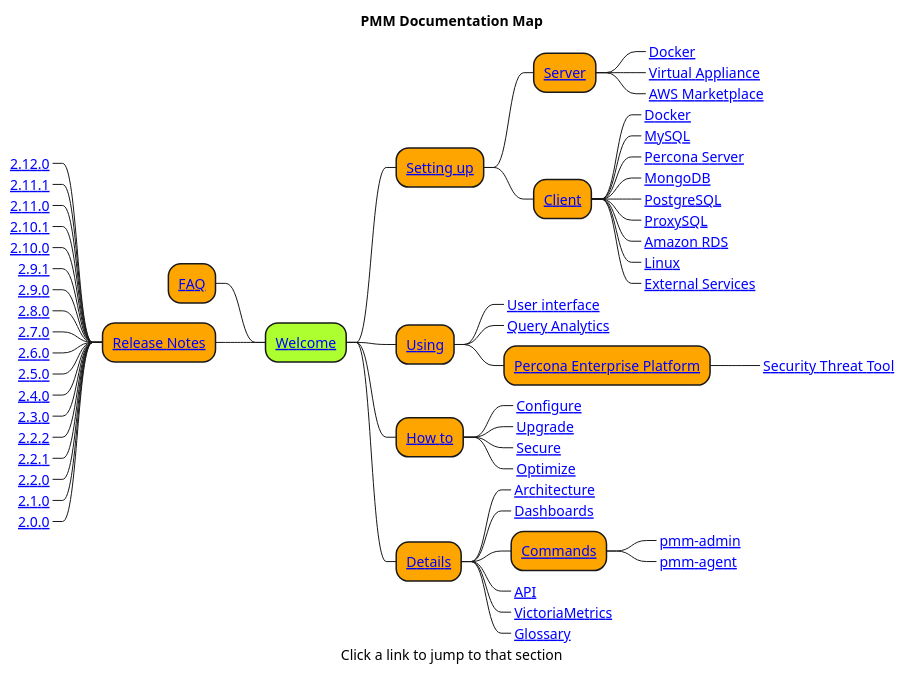
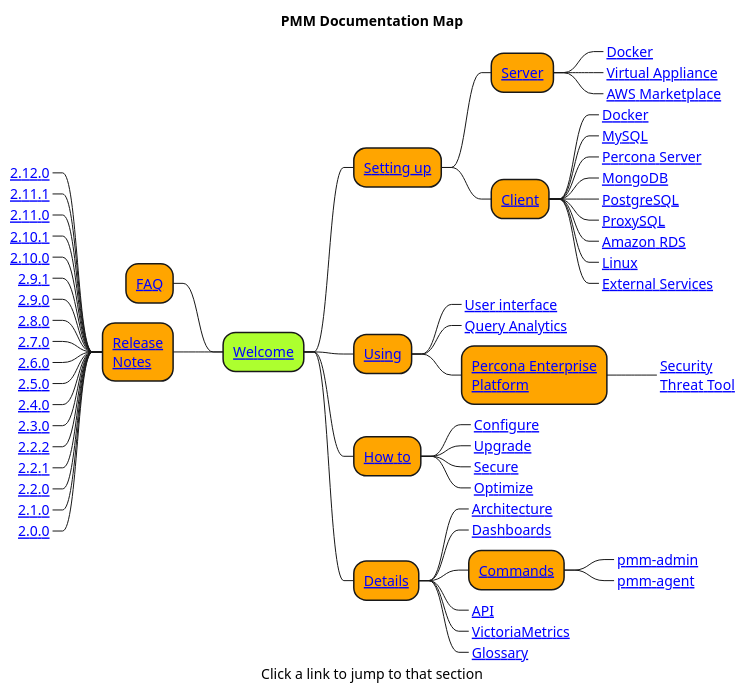
Before and after one commit to percona/pmm-doc: the diagram in resources/Map.puml, drawn with PlantUML. The commit also changed 1 other file, not shown here.

```diff
--- a/resources/Map.puml
+++ b/resources/Map.puml
@@ -1,79 +1,83 @@
 @startmindmap "PMM_Documentation_Map"
 title PMM Documentation Map
 caption Click a link to jump to that section
 
 
 <style>
 mindmapDiagram {
   node {
     BackgroundColor Orange
   }
 }
 </style>
 
 *[#GreenYellow] [[https://www.percona.com/doc/percona-monitoring-and-management/2.x/index.html Welcome]]
 ** [[https://www.percona.com/doc/percona-monitoring-and-management/2.x/setting-up/ Setting up]]
 '*** [[https://www.percona.com/doc/percona-monitoring-and-management/2.x/setting-up/index.html Setting up: Overview]]
 *** [[https://www.percona.com/doc/percona-monitoring-and-management/2.x/setting-up/server/ Server]]
 '****_ [[https://www.percona.com/doc/percona-monitoring-and-management/2.x/setting-up/server/ Setting up PMM Server: Overview]]
 ****_ [[https://www.percona.com/doc/percona-monitoring-and-management/2.x/setting-up/server/docker.html Docker]]
 ****_ [[https://www.percona.com/doc/percona-monitoring-and-management/2.x/setting-up/server/virtual-appliance.html Virtual Appliance]]
 ****_ [[https://www.percona.com/doc/percona-monitoring-and-management/2.x/setting-up/server/aws.html AWS Marketplace]]
 *** [[https://www.percona.com/doc/percona-monitoring-and-management/2.x/setting-up/client/ Client]]
 '****_ [[https://www.percona.com/doc/percona-monitoring-and-management/2.x/setting-up/client/ Setting up PMM Clients]]
 ****_ [[https://www.percona.com/doc/percona-monitoring-and-management/2.x/setting-up/client/docker.html Docker]]
 ****_ [[https://www.percona.com/doc/percona-monitoring-and-management/2.x/setting-up/client/mysql.html MySQL]]
 ****_ [[https://www.percona.com/doc/percona-monitoring-and-management/2.x/setting-up/client/percona-server.html Percona Server]]
 ****_ [[https://www.percona.com/doc/percona-monitoring-and-management/2.x/setting-up/client/mongodb.html MongoDB]]
 ****_ [[https://www.percona.com/doc/percona-monitoring-and-management/2.x/setting-up/client/postgresql.html PostgreSQL]]
 ****_ [[https://www.percona.com/doc/percona-monitoring-and-management/2.x/setting-up/client/proxysql.html ProxySQL]]
 ****_ [[https://www.percona.com/doc/percona-monitoring-and-management/2.x/setting-up/client/aws.html Amazon RDS]]
 ****_ [[https://www.percona.com/doc/percona-monitoring-and-management/2.x/setting-up/client/linux.html Linux]]
 ****_ [[https://www.percona.com/doc/percona-monitoring-and-management/2.x/setting-up/client/external.html External Services]]
+
 ** [[https://www.percona.com/doc/percona-monitoring-and-management/2.x/using/ Using]]
 '***_ [[https://www.percona.com/doc/percona-monitoring-and-management/2.x/using/ Using: Overview]]
 ***_ [[https://www.percona.com/doc/percona-monitoring-and-management/2.x/using/interface.html User interface]]
 ***_ [[https://www.percona.com/doc/percona-monitoring-and-management/2.x/using/query-analytics.html Query Analytics]]
-*** [[https://www.percona.com/doc/percona-monitoring-and-management/2.x/using/platform/ Percona Enterprise Platform]]
+*** [[https://www.percona.com/doc/percona-monitoring-and-management/2.x/using/platform/ Percona Enterprise\nPlatform]]
 '***_ [[https://www.percona.com/doc/percona-monitoring-and-management/2.x/using/platform/ About Percona Enterprise Platform]]
-****_ [[https://www.percona.com/doc/percona-monitoring-and-management/2.x/using/platform/security-threat-tool.html Security Threat Tool]]
+****_ [[https://www.percona.com/doc/percona-monitoring-and-management/2.x/using/platform/security-threat-tool.html Security\nThreat Tool]]
+
 ** [[https://www.percona.com/doc/percona-monitoring-and-management/2.x/how-to/ How to]]
 '***_ [[https://www.percona.com/doc/percona-monitoring-and-management/2.x/how-to/ How to: Overview]]
 ***_ [[https://www.percona.com/doc/percona-monitoring-and-management/2.x/how-to/configure.html Configure]]
 ***_ [[https://www.percona.com/doc/percona-monitoring-and-management/2.x/how-to/upgrade.html Upgrade]]
 ***_ [[https://www.percona.com/doc/percona-monitoring-and-management/2.x/how-to/secure.html Secure]]
 ***_ [[https://www.percona.com/doc/percona-monitoring-and-management/2.x/how-to/optimize.html Optimize]]
+
 ** [[https://www.percona.com/doc/percona-monitoring-and-management/2.x/details/ Details]]
 '***_ [[https://www.percona.com/doc/percona-monitoring-and-management/2.x/details/ Details: Overview]]
 ***_ [[https://www.percona.com/doc/percona-monitoring-and-management/2.x/details/architecture.html Architecture]]
 ***_ [[https://www.percona.com/doc/percona-monitoring-and-management/2.x/details/dashboards/ Dashboards]]
 *** [[https://www.percona.com/doc/percona-monitoring-and-management/2.x/details/commands/ Commands]]
 ****_ [[https://www.percona.com/doc/percona-monitoring-and-management/2.x/details/commands/pmm-admin.html pmm-admin]]
 ****_ [[https://www.percona.com/doc/percona-monitoring-and-management/2.x/details/commands/pmm-agent.html pmm-agent]]
 ***_ [[https://www.percona.com/doc/percona-monitoring-and-management/2.x/details/api.html API]]
 ***_ [[https://www.percona.com/doc/percona-monitoring-and-management/2.x/details/victoria-metrics.html VictoriaMetrics]]
 ***_ [[https://www.percona.com/doc/percona-monitoring-and-management/2.x/details/glossary.html Glossary]]
 
 left side
 
 ** [[https://www.percona.com/doc/percona-monitoring-and-management/2.x/faq.html FAQ]]
-** [[https://www.percona.com/doc/percona-monitoring-and-management/2.x/release-notes/ Release Notes]]
+
+** [[https://www.percona.com/doc/percona-monitoring-and-management/2.x/release-notes/ Release\nNotes]]
 ***_ [[https://www.percona.com/doc/percona-monitoring-and-management/2.x/release-notes/2.12.0.html 2.12.0]]
 ***_ [[https://www.percona.com/doc/percona-monitoring-and-management/2.x/release-notes/2.11.1.html 2.11.1]]
 ***_ [[https://www.percona.com/doc/percona-monitoring-and-management/2.x/release-notes/2.11.0.html 2.11.0]]
 ***_ [[https://www.percona.com/doc/percona-monitoring-and-management/2.x/release-notes/2.10.1.html 2.10.1]]
 ***_ [[https://www.percona.com/doc/percona-monitoring-and-management/2.x/release-notes/2.10.0.html 2.10.0]]
 ***_ [[https://www.percona.com/doc/percona-monitoring-and-management/2.x/release-notes/2.9.1.html 2.9.1]]
 ***_ [[https://www.percona.com/doc/percona-monitoring-and-management/2.x/release-notes/2.9.0.html 2.9.0]]
 ***_ [[https://www.percona.com/doc/percona-monitoring-and-management/2.x/release-notes/2.8.0.html 2.8.0]]
 ***_ [[https://www.percona.com/doc/percona-monitoring-and-management/2.x/release-notes/2.7.0.html 2.7.0]]
 ***_ [[https://www.percona.com/doc/percona-monitoring-and-management/2.x/release-notes/2.6.0.html 2.6.0]]
 ***_ [[https://www.percona.com/doc/percona-monitoring-and-management/2.x/release-notes/2.5.0.html 2.5.0]]
 ***_ [[https://www.percona.com/doc/percona-monitoring-and-management/2.x/release-notes/2.4.0.html 2.4.0]]
 ***_ [[https://www.percona.com/doc/percona-monitoring-and-management/2.x/release-notes/2.3.0.html 2.3.0]]
 ***_ [[https://www.percona.com/doc/percona-monitoring-and-management/2.x/release-notes/2.2.2.html 2.2.2]]
 ***_ [[https://www.percona.com/doc/percona-monitoring-and-management/2.x/release-notes/2.2.1.html 2.2.1]]
 ***_ [[https://www.percona.com/doc/percona-monitoring-and-management/2.x/release-notes/2.2.0.html 2.2.0]]
 ***_ [[https://www.percona.com/doc/percona-monitoring-and-management/2.x/release-notes/2.1.0.html 2.1.0]]
 ***_ [[https://www.percona.com/doc/percona-monitoring-and-management/2.x/release-notes/2.0.0.html 2.0.0]]
 @endmindmap
```
